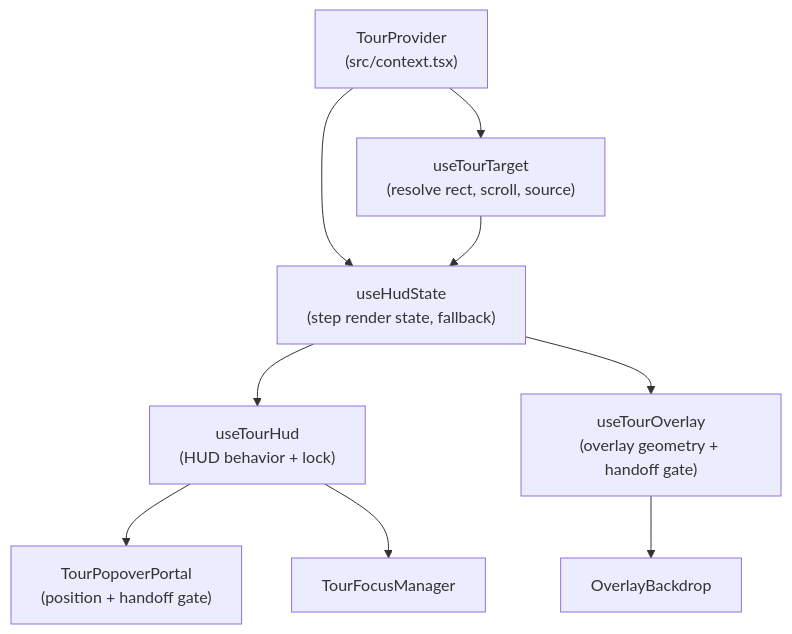
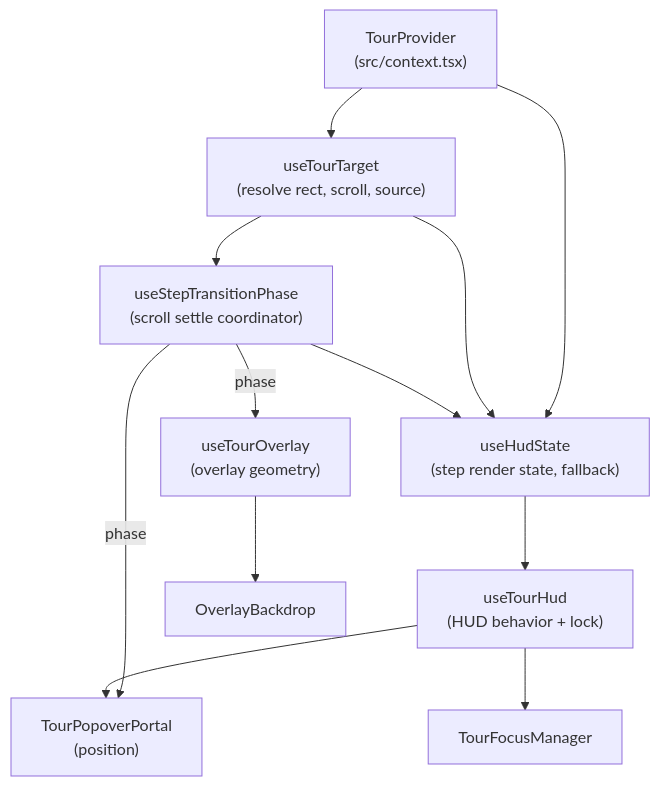
Before and after one commit to kvngrf/flowsterix: the diagram in packages/react/README.md, drawn with Mermaid. The commit also changed other lines of this file and 17 other files, not shown here.

Commit message:
♻️  step coordinator

````diff
--- a/packages/react/README.md
+++ b/packages/react/README.md
@@ -53,11 +53,14 @@
 ```mermaid
 flowchart TD
   A["TourProvider<br/>(src/context.tsx)"] --> B["useTourTarget<br/>(resolve rect, scroll, source)"]
   A --> C["useHudState<br/>(step render state, fallback)"]
   B --> C
+  B --> I["useStepTransitionPhase<br/>(scroll settle coordinator)"]
+  I --> C
   C --> D["useTourHud<br/>(HUD behavior + lock)"]
-  C --> E["useTourOverlay<br/>(overlay geometry + handoff gate)"]
-  D --> F["TourPopoverPortal<br/>(position + handoff gate)"]
+  I -->|phase| E["useTourOverlay<br/>(overlay geometry)"]
+  I -->|phase| F["TourPopoverPortal<br/>(position)"]
+  D --> F
   E --> G["OverlayBackdrop"]
   D --> H["TourFocusManager"]
 ```
````
